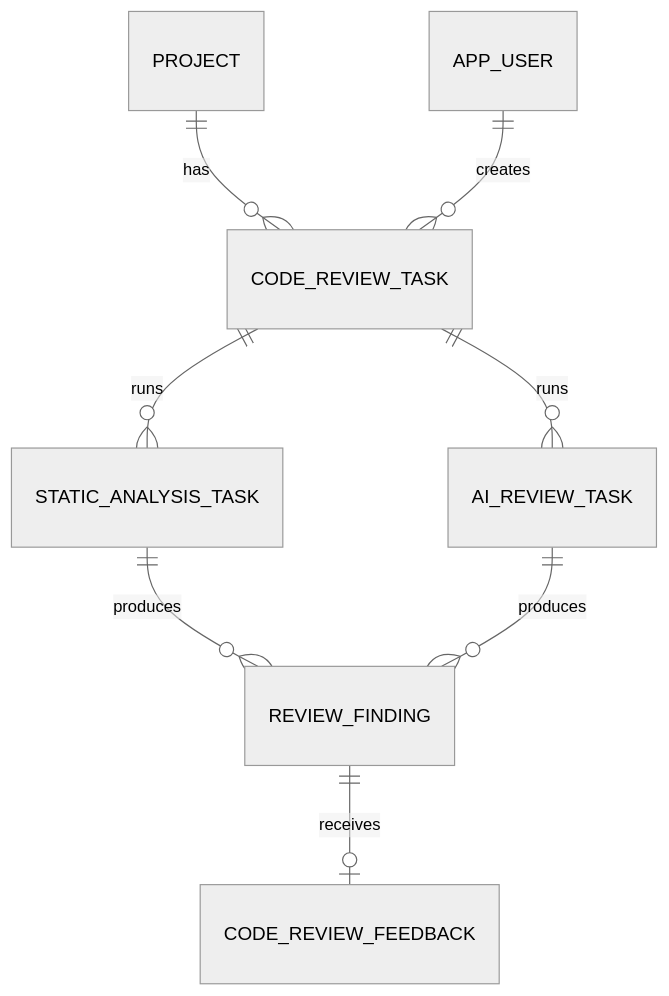
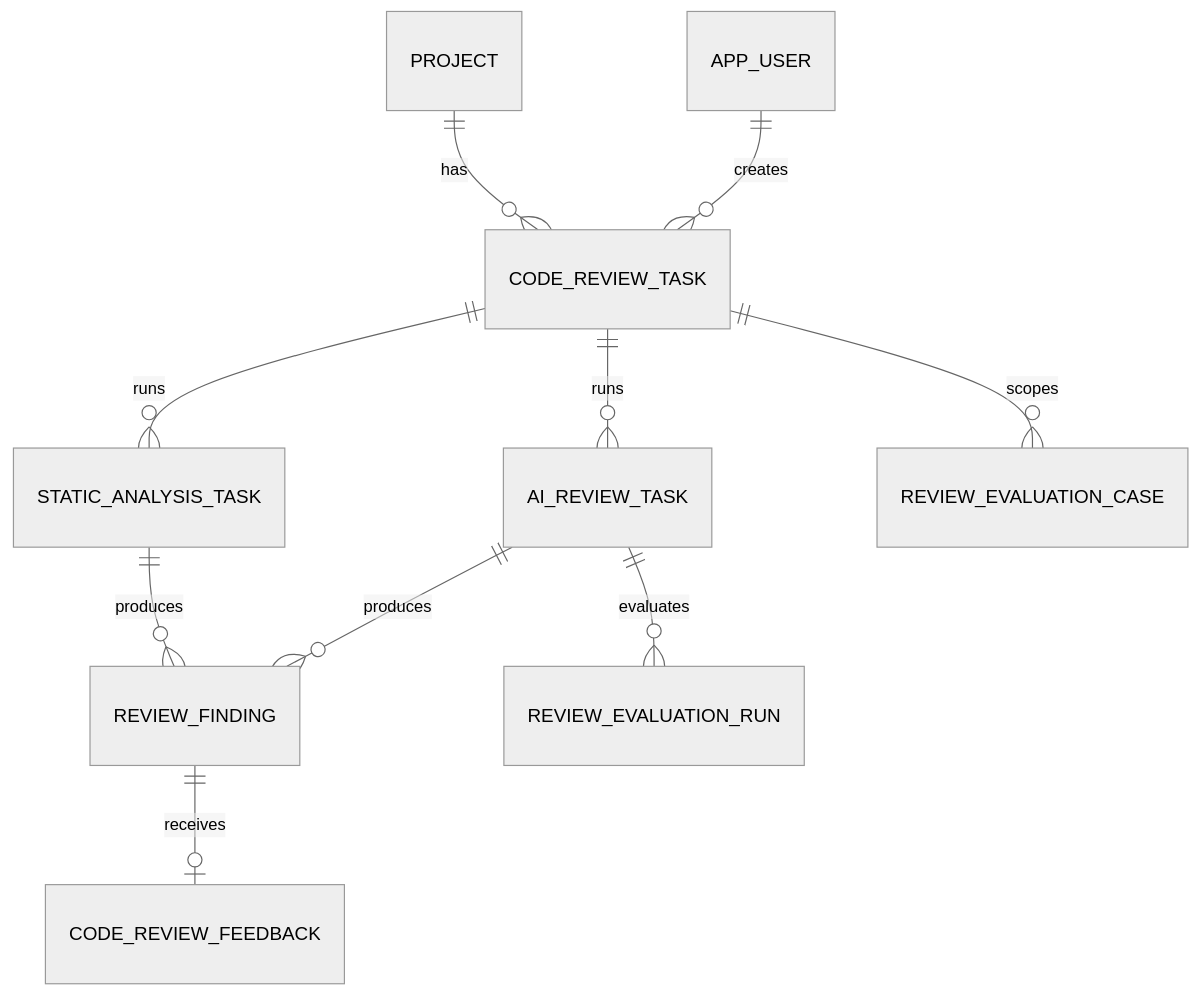
The second of 2 diagrams in docs/DATABASE_DESIGN.md (MMDXTMM/devmate-ai), drawn with Mermaid (neutral theme) before and after one commit. The commit also changed other lines of this file and 43 other files, not shown here.

Commit message:
feat: add fixed review evaluation model

````diff
--- a/docs/DATABASE_DESIGN.md
+++ b/docs/DATABASE_DESIGN.md
@@ -259,10 +278,12 @@
 ```mermaid
 erDiagram
     PROJECT ||--o{ CODE_REVIEW_TASK : has
     APP_USER ||--o{ CODE_REVIEW_TASK : creates
     CODE_REVIEW_TASK ||--o{ STATIC_ANALYSIS_TASK : runs
     STATIC_ANALYSIS_TASK ||--o{ REVIEW_FINDING : produces
     CODE_REVIEW_TASK ||--o{ AI_REVIEW_TASK : runs
     AI_REVIEW_TASK ||--o{ REVIEW_FINDING : produces
     REVIEW_FINDING ||--o| CODE_REVIEW_FEEDBACK : receives
+    CODE_REVIEW_TASK ||--o{ REVIEW_EVALUATION_CASE : scopes
+    AI_REVIEW_TASK ||--o{ REVIEW_EVALUATION_RUN : evaluates
 ```
````
